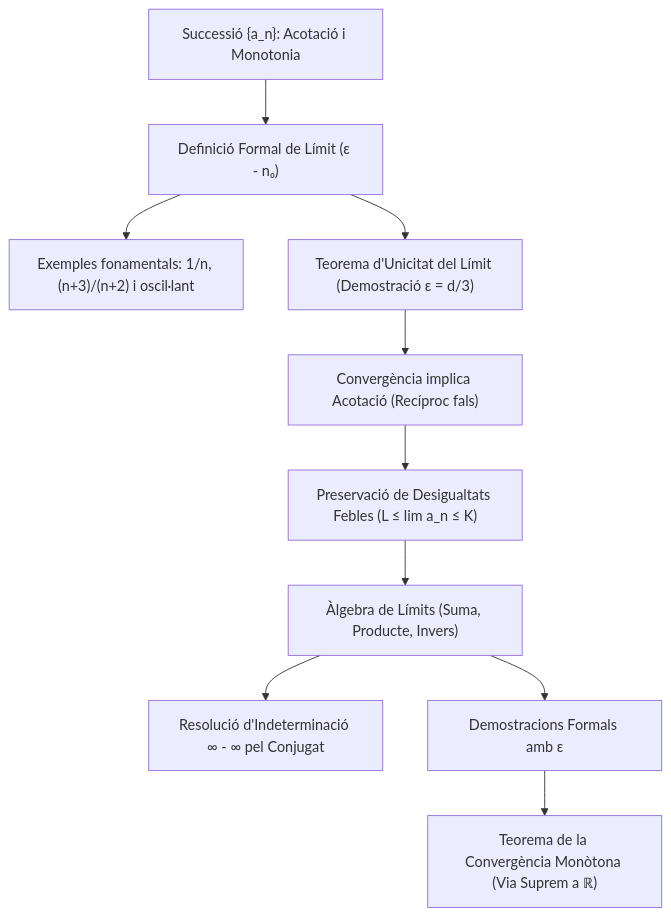
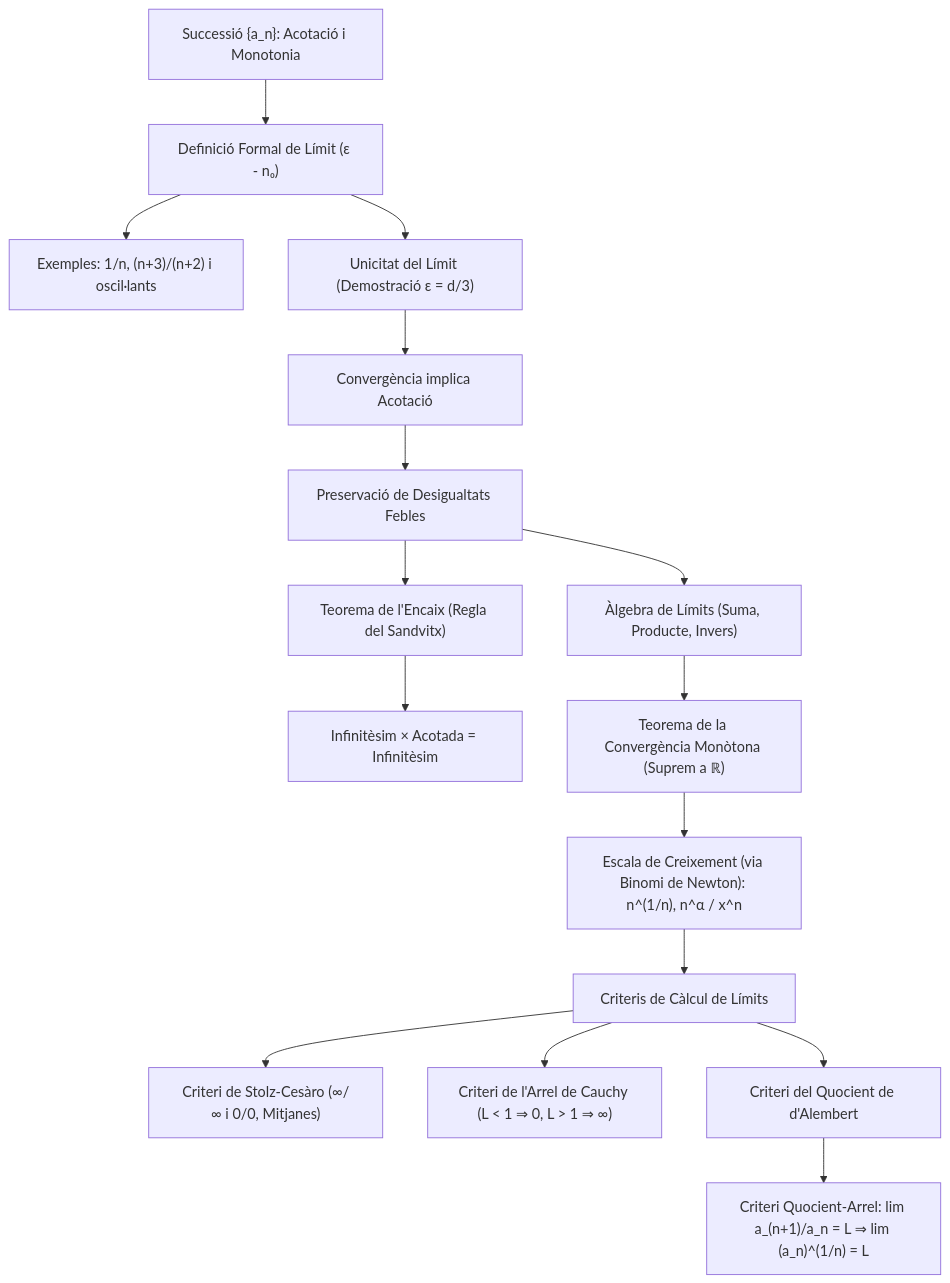
One commit to Bibinuz/Apunts-Matematiques changed the diagram in Apunts/Funcions 1/03. Successions de Nombres Reals.md. Above: the diagram before and after it, drawn with Mermaid. The commit also changed other lines of this file and 30 other files, not shown here.

````diff
--- a/Apunts/Funcions 1/03. Successions de Nombres Reals.md
+++ b/Apunts/Funcions 1/03. Successions de Nombres Reals.md
@@ -272,12 +510,18 @@
 ```mermaid
 flowchart TD
     Def["Successió {a_n}: Acotació i Monotonia"] --> Limit["Definició Formal de Límit (ε - n₀)"]
-    Limit --> Exemples["Exemples fonamentals: 1/n, (n+3)/(n+2) i oscil·lant"]
-    Limit --> Unicitat["Teorema d'Unicitat del Límit (Demostració ε = d/3)"]
-    Unicitat --> Acotat["Convergència implica Acotació (Recíproc fals)"]
-    Acotat --> Desig["Preservació de Desigualtats Febles (L ≤ lim a_n ≤ K)"]
+    Limit --> Exemples["Exemples: 1/n, (n+3)/(n+2) i oscil·lants"]
+    Limit --> Unicitat["Unicitat del Límit (Demostració ε = d/3)"]
+    Unicitat --> Acotat["Convergència implica Acotació"]
+    Acotat --> Desig["Preservació de Desigualtats Febles"]
+    Desig --> Sandvitx["Teorema de l'Encaix (Regla del Sandvitx)"]
+    Sandvitx --> Infinitesim["Infinitèsim × Acotada = Infinitèsim"]
     Desig --> Algebra["Àlgebra de Límits (Suma, Producte, Invers)"]
-    Algebra --> Indet["Resolució d'Indeterminació ∞ - ∞ pel Conjugat"]
-    Algebra --> DemAlgebra["Demostracions Formals amb ε"]
-    DemAlgebra --> Monotona["Teorema de la Convergència Monòtona (Via Suprem a ℝ)"]
+    Algebra --> Monotona["Teorema de la Convergència Monòtona (Suprem a ℝ)"]
+    Monotona --> Binomi["Escala de Creixement (via Binomi de Newton): n^(1/n), n^α / x^n"]
+    Binomi --> Criteris["Criteris de Càlcul de Límits"]
+    Criteris --> Stolz["Criteri de Stolz-Cesàro (∞/∞ i 0/0, Mitjanes)"]
+    Criteris --> Arrel["Criteri de l'Arrel de Cauchy (L < 1 ⇒ 0, L > 1 ⇒ ∞)"]
+    Criteris --> Quocient["Criteri del Quocient de d'Alembert"]
+    Quocient --> QA["Criteri Quocient-Arrel: lim a_(n+1)/a_n = L ⇒ lim (a_n)^(1/n) = L"]
 ```
````
